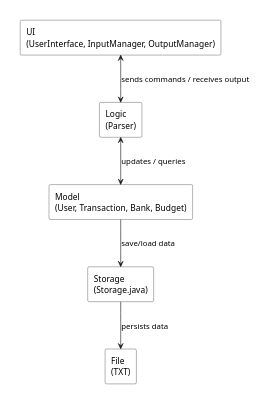
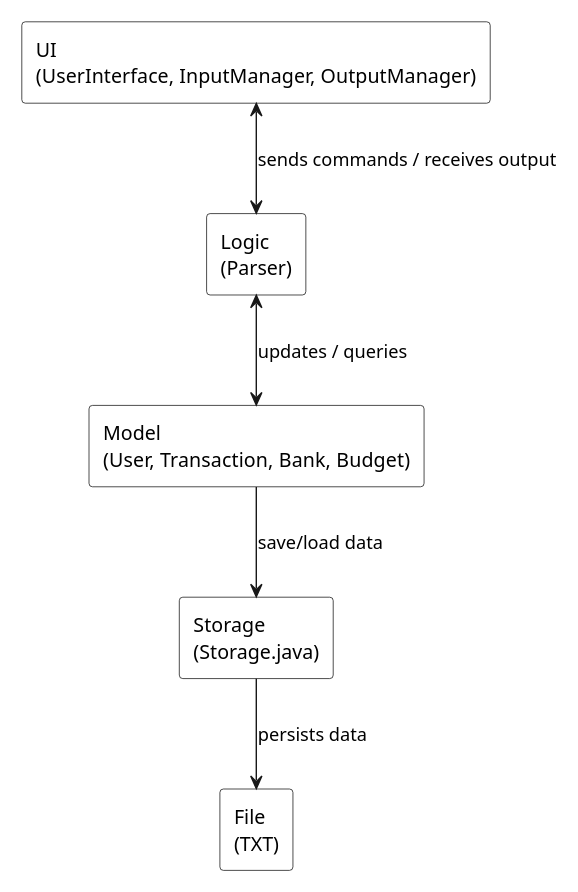
The diagram in docs/team/Architecture/ArchitectureDiagram.puml (AY2526S1-CS2113-W10-2/tp), drawn with PlantUML before and after one commit. The commit also changed 12 other files, not shown here.

```diff
--- a/docs/team/Architecture/ArchitectureDiagram.puml
+++ b/docs/team/Architecture/ArchitectureDiagram.puml
@@ -1,25 +1,25 @@
 @startuml
-scale 0.3
+scale 0.7
 skinparam rectangle {
   Shadowing false
   BackgroundColor White
   BorderColor Black
   RoundCorner 5
 }
 
 ' Main components
 rectangle "UI\n(UserInterface, InputManager, OutputManager)" as UI
 rectangle "Logic\n(Parser)" as Logic
 rectangle "Model\n(User, Transaction, Bank, Budget)" as Model
 rectangle "Storage\n(Storage.java)" as Storage
 rectangle "File\n(TXT)" as FileIcon
 
 ' Vertical two-way interactions
 UI <--> Logic : sends commands / receives output
 Logic <--> Model : updates / queries
 
 ' Model interacts with Storage
 Model --> Storage : save/load data
 Storage --> FileIcon : persists data
 
 @enduml
```
